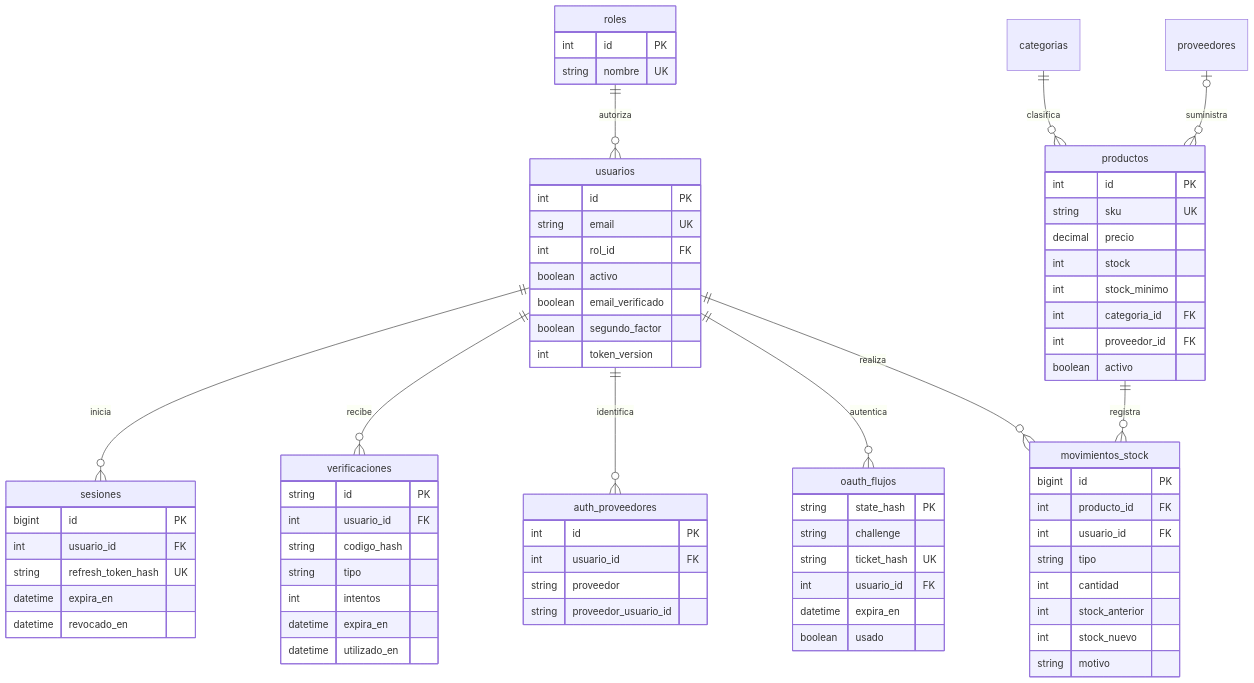
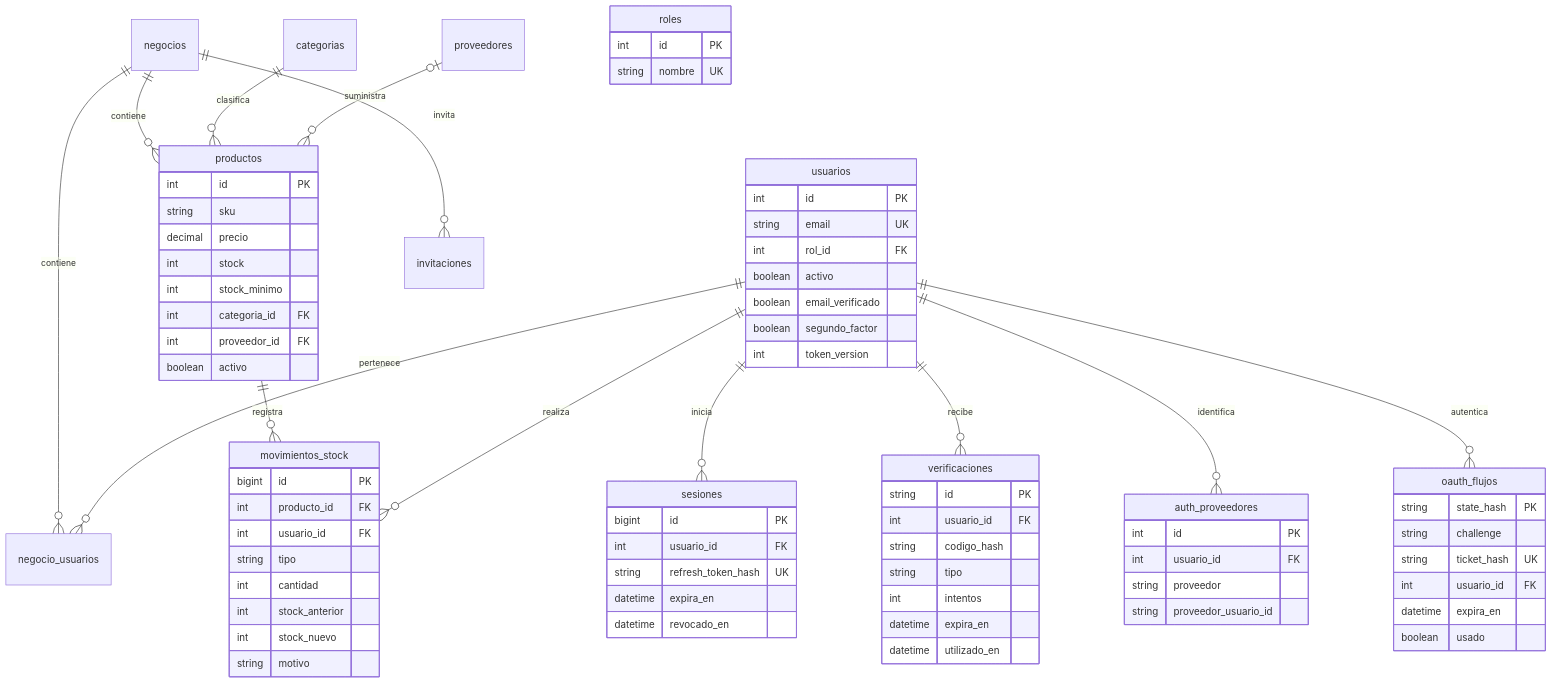
One commit to RenzoMaggi16/STOCKFLOW changed the diagram in docs/ARQUITECTURA.md. Above: the diagram before and after it, drawn with Mermaid. The commit also changed other lines of this file and 101 other files, not shown here.

Commit message:
Integra negocios, invitaciones, inventario y landing de StockFlow

````diff
--- a/docs/ARQUITECTURA.md
+++ b/docs/ARQUITECTURA.md
@@ -47,20 +49,23 @@
 ```mermaid
 erDiagram
- roles ||--o{ usuarios : autoriza
+ negocios ||--o{ negocio_usuarios : contiene
+ usuarios ||--o{ negocio_usuarios : pertenece
+ negocios ||--o{ productos : contiene
+ negocios ||--o{ invitaciones : invita
  usuarios ||--o{ sesiones : inicia
  usuarios ||--o{ verificaciones : recibe
  usuarios ||--o{ auth_proveedores : identifica
  usuarios ||--o{ oauth_flujos : autentica
  categorias ||--o{ productos : clasifica
  proveedores o|--o{ productos : suministra
  productos ||--o{ movimientos_stock : registra
  usuarios ||--o{ movimientos_stock : realiza
  roles { int id PK string nombre UK }
  usuarios { int id PK string email UK int rol_id FK boolean activo boolean email_verificado boolean segundo_factor int token_version }
  sesiones { bigint id PK int usuario_id FK string refresh_token_hash UK datetime expira_en datetime revocado_en }
  verificaciones { string id PK int usuario_id FK string codigo_hash string tipo int intentos datetime expira_en datetime utilizado_en }
  auth_proveedores { int id PK int usuario_id FK string proveedor string proveedor_usuario_id }
  oauth_flujos { string state_hash PK string challenge string ticket_hash UK int usuario_id FK datetime expira_en boolean usado }
- productos { int id PK string sku UK decimal precio int stock int stock_minimo int categoria_id FK int proveedor_id FK boolean activo }
+ productos { int id PK string sku decimal precio int stock int stock_minimo int categoria_id FK int proveedor_id FK boolean activo }
  movimientos_stock { bigint id PK int producto_id FK int usuario_id FK string tipo int cantidad int stock_anterior int stock_nuevo string motivo }
 ```
````
